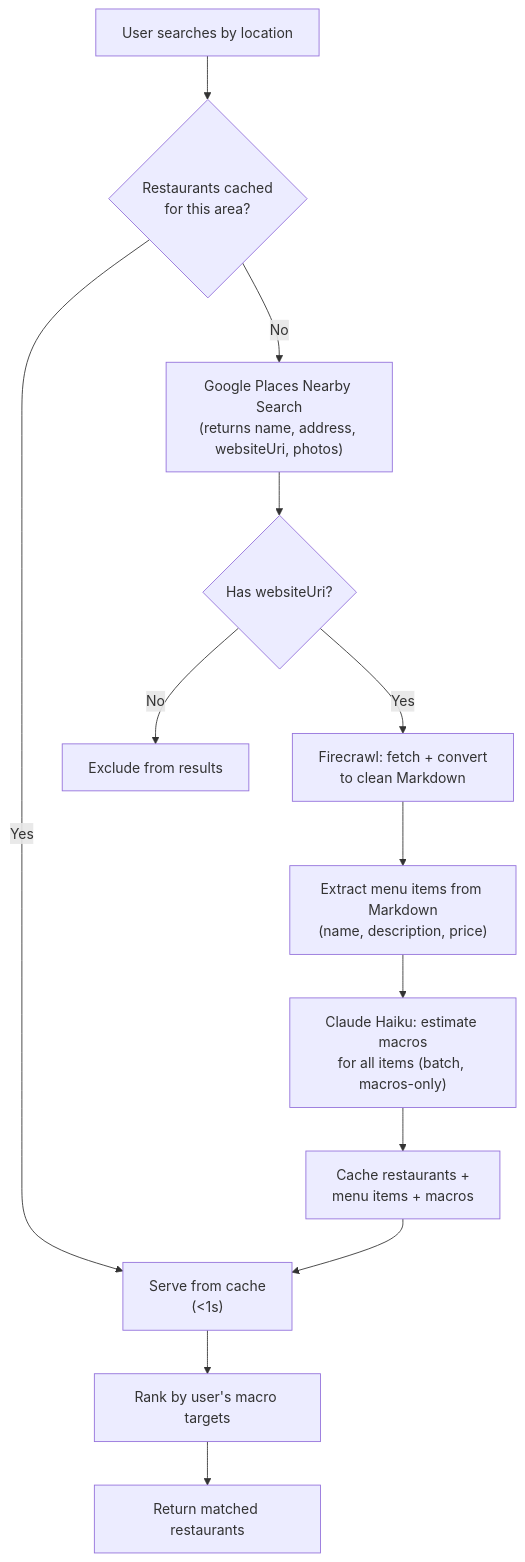
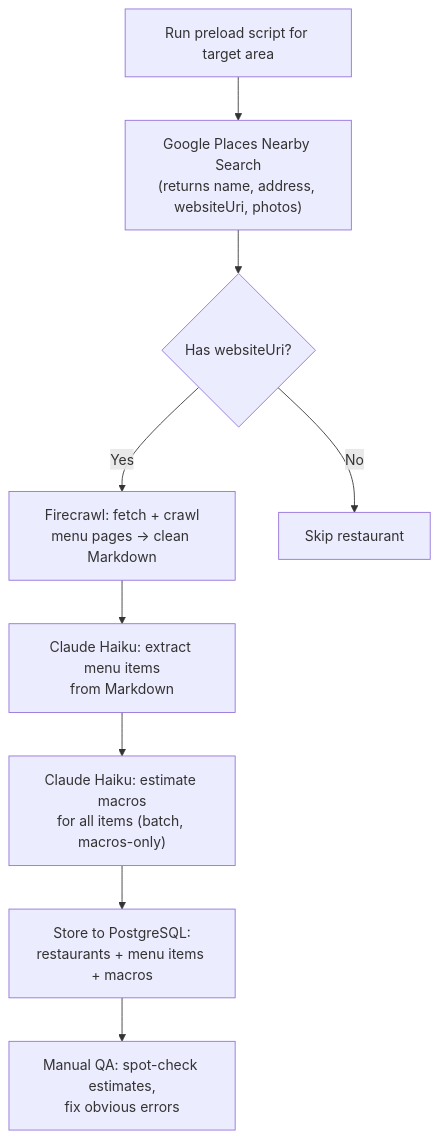
Before and after one commit to dgmolla/fitsy: the second of 4 diagrams in docs/engineering/backend/system-design.md, drawn with Mermaid. The commit also changed other lines of this file, not shown here.

First line of the commit message:
MVP-0: preload only, no live scraping pipeline

````diff
--- a/docs/engineering/backend/system-design.md
+++ b/docs/engineering/backend/system-design.md
@@ -76,20 +80,15 @@
 ```mermaid
 flowchart TD
-    Search["User searches by location"]
-    Search --> Cache{"Restaurants cached<br/>for this area?"}
-
-    Cache -- "Yes" --> Serve["Serve from cache<br/>(&lt;1s)"]
-    Cache -- "No" --> GP["Google Places Nearby Search<br/>(returns name, address, websiteUri, photos)"]
+    Start["Run preload script for target area"]
+    Start --> GP["Google Places Nearby Search<br/>(returns name, address, websiteUri, photos)"]
 
     GP --> HasWebsite{"Has websiteUri?"}
-    HasWebsite -- "Yes" --> Scrape["Firecrawl: fetch + convert<br/>to clean Markdown"]
-    HasWebsite -- "No" --> Skip["Exclude from results"]
+    HasWebsite -- "Yes" --> Scrape["Firecrawl: fetch + crawl<br/>menu pages → clean Markdown"]
+    HasWebsite -- "No" --> Skip["Skip restaurant"]
 
-    Scrape --> Parse["Extract menu items from Markdown<br/>(name, description, price)"]
+    Scrape --> Parse["Claude Haiku: extract menu items<br/>from Markdown"]
     Parse --> Estimate["Claude Haiku: estimate macros<br/>for all items (batch, macros-only)"]
 
-    Estimate --> Store["Cache restaurants +<br/>menu items + macros"]
-    Store --> Serve
-    Serve --> Rank["Rank by user's macro targets"]
-    Rank --> Results["Return matched restaurants"]
+    Estimate --> Store["Store to PostgreSQL:<br/>restaurants + menu items + macros"]
+    Store --> QA["Manual QA: spot-check estimates,<br/>fix obvious errors"]
 ```
````
